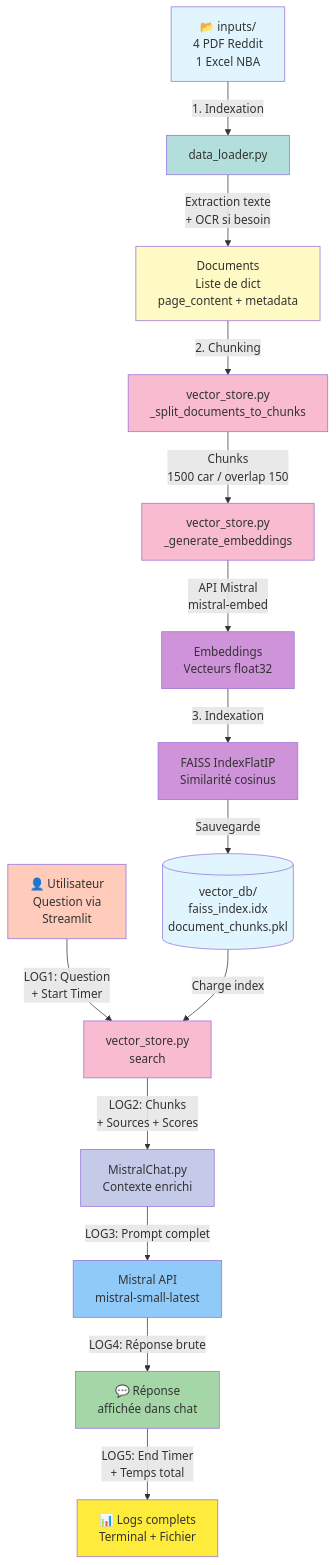
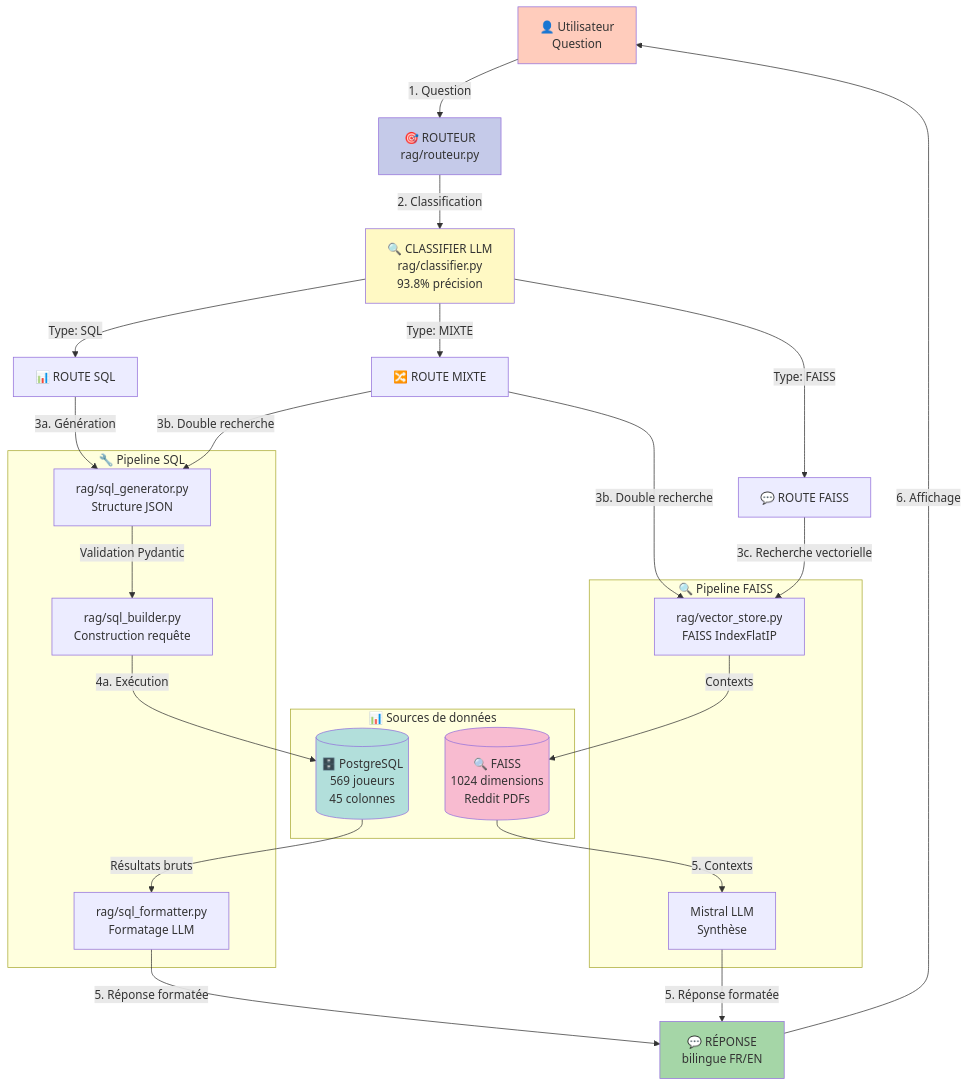
One commit to FabParis20/P10_SportSee_RAG changed the diagram in README.md. Above: the diagram before and after it, drawn with Mermaid. The commit also changed other lines of this file and 4 other files, not shown here.

````diff
--- a/README.md
+++ b/README.md
@@ -123,43 +169,51 @@
 ```mermaid
-graph TD
-    A[📂 inputs/<br/>4 PDF Reddit<br/>1 Excel NBA] -->|1. Indexation| B[data_loader.py]
+graph TB
+    User[👤 Utilisateur<br/>Question] -->|1. Question| Router[🎯 ROUTEUR<br/>rag/routeur.py]
     
-    B -->|Extraction texte<br/>+ OCR si besoin| C[Documents<br/>Liste de dict<br/>page_content + metadata]
+    Router -->|2. Classification| Classifier[🔍 CLASSIFIER LLM<br/>rag/classifier.py<br/>93.8% précision]
     
-    C -->|2. Chunking| D[vector_store.py<br/>_split_documents_to_chunks]
+    Classifier -->|Type: SQL| SQL_Route[📊 ROUTE SQL]
+    Classifier -->|Type: MIXTE| MIXTE_Route[🔀 ROUTE MIXTE]
+    Classifier -->|Type: FAISS| FAISS_Route[💬 ROUTE FAISS]
     
-    D -->|Chunks<br/>1500 car / overlap 150| E[vector_store.py<br/>_generate_embeddings]
+    SQL_Route -->|3a. Génération| SQLGen[rag/sql_generator.py<br/>Structure JSON]
+    SQLGen -->|Validation Pydantic| SQLBuild[rag/sql_builder.py<br/>Construction requête]
+    SQLBuild -->|4a. Exécution| PostgreSQL[(🗄️ PostgreSQL<br/>569 joueurs<br/>45 colonnes)]
+    PostgreSQL -->|Résultats bruts| SQLFormat[rag/sql_formatter.py<br/>Formatage LLM]
     
-    E -->|API Mistral<br/>mistral-embed| F[Embeddings<br/>Vecteurs float32]
+    MIXTE_Route -->|3b. Double recherche| SQLGen
+    MIXTE_Route -->|3b. Double recherche| VectorStore
     
-    F -->|3. Indexation| G[FAISS IndexFlatIP<br/>Similarité cosinus]
+    FAISS_Route -->|3c. Recherche vectorielle| VectorStore[rag/vector_store.py<br/>FAISS IndexFlatIP]
+    VectorStore -->|Contexts| FAISS_DB[(🔍 FAISS<br/>1024 dimensions<br/>Reddit PDFs)]
     
-    G -->|Sauvegarde| H[(vector_db/<br/>faiss_index.idx<br/>document_chunks.pkl)]
+    SQLFormat -->|5. Réponse formatée| Response[💬 RÉPONSE<br/>bilingue FR/EN]
+    FAISS_DB -->|5. Contexts| LLM[Mistral LLM<br/>Synthèse]
+    LLM -->|5. Réponse formatée| Response
     
-    I[👤 Utilisateur<br/>Question via<br/>Streamlit] -->|LOG1: Question<br/>+ Start Timer| J[vector_store.py<br/>search]
+    Response -->|6. Affichage| User
     
-    H -->|Charge index| J
+    subgraph "📊 Sources de données"
+        PostgreSQL
+        FAISS_DB
+    end
     
-    J -->|LOG2: Chunks<br/>+ Sources + Scores| K[MistralChat.py<br/>Contexte enrichi]
+    subgraph "🔧 Pipeline SQL"
+        SQLGen
+        SQLBuild
+        SQLFormat
+    end
     
-    K -->|LOG3: Prompt complet| L[Mistral API<br/>mistral-small-latest]
+    subgraph "🔍 Pipeline FAISS"
+        VectorStore
+        FAISS_DB
+        LLM
+    end
     
-    L -->|LOG4: Réponse brute| M[💬 Réponse<br/>affichée dans chat]
-    
-    M -->|LOG5: End Timer<br/>+ Temps total| N[📊 Logs complets<br/>Terminal + Fichier]
-    
-    style A fill:#e1f5fe
-    style B fill:#b2dfdb
-    style C fill:#fff9c4
-    style D fill:#f8bbd0
-    style E fill:#f8bbd0
-    style F fill:#ce93d8
-    style G fill:#ce93d8
-    style H fill:#e1f5fe
-    style I fill:#ffccbc
-    style J fill:#f8bbd0
-    style K fill:#c5cae9
-    style L fill:#90caf9
-    style M fill:#a5d6a7
-    style N fill:#ffeb3b
+    style User fill:#ffccbc
+    style Router fill:#c5cae9
+    style Classifier fill:#fff9c4
+    style PostgreSQL fill:#b2dfdb
+    style FAISS_DB fill:#f8bbd0
+    style Response fill:#a5d6a7
 ```
````
